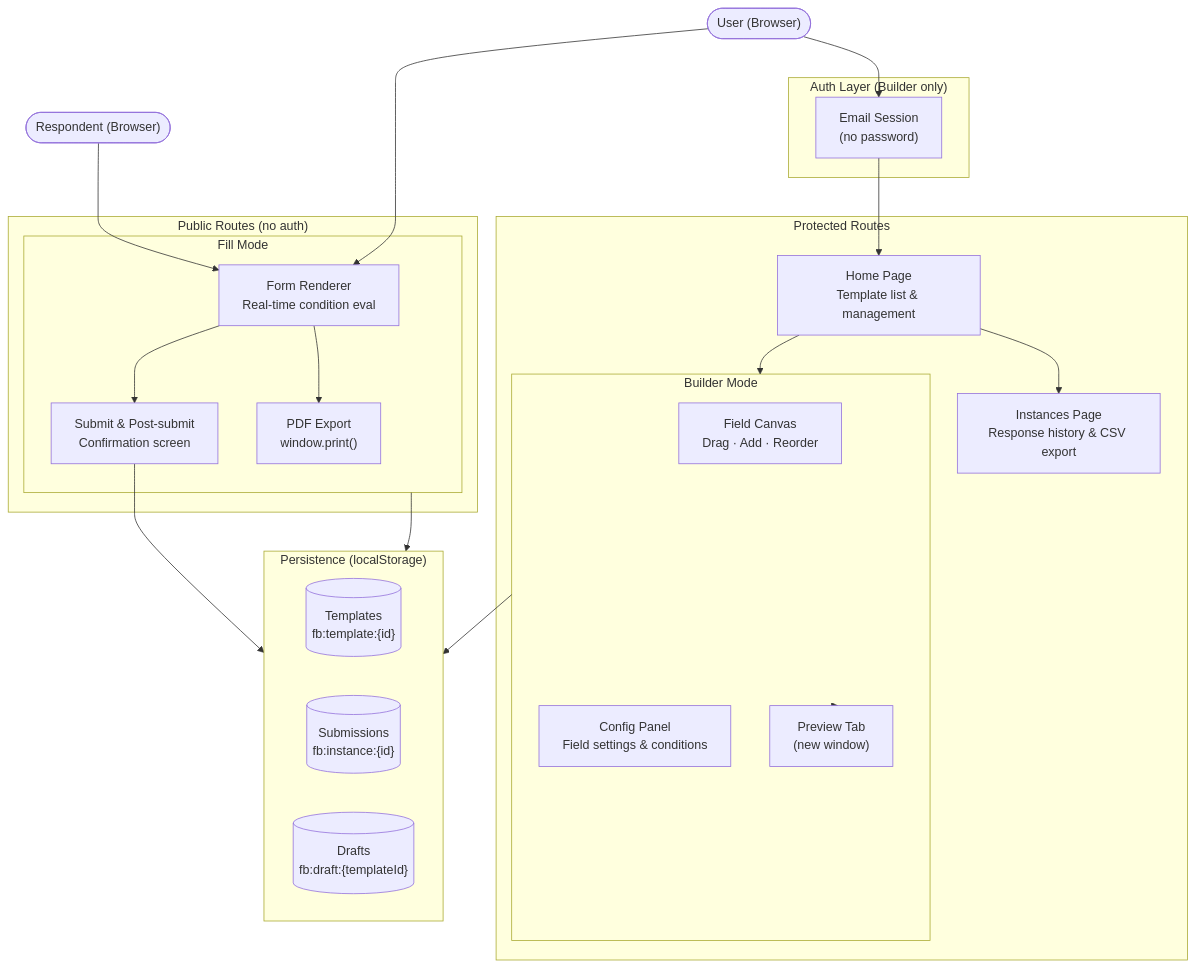
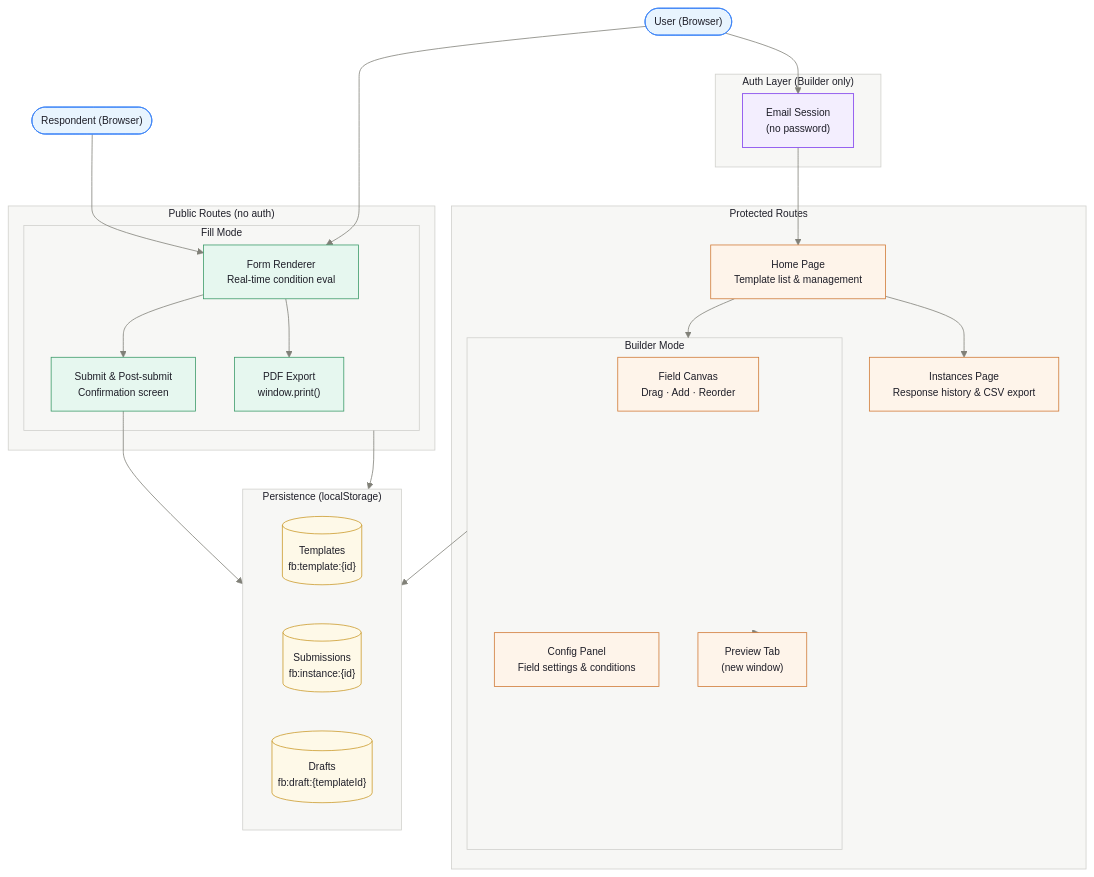
The diagram in docs/hld.mmd (Piyush8296/smart-form-builder), drawn with Mermaid before and after one commit. The commit also changed 7 other files, not shown here.

First line of the commit message:
docs: add architecture diagrams to docs/

```diff
--- a/docs/hld.mmd
+++ b/docs/hld.mmd
@@ -1,48 +1,61 @@
+%%{init: {'theme': 'base', 'themeVariables': {'background': '#fafaf8', 'primaryColor': '#fef4ea', 'primaryBorderColor': '#d07935', 'primaryTextColor': '#1e1e28', 'secondaryColor': '#e6f7ef', 'tertiaryColor': '#f0f0ed', 'lineColor': '#808078', 'edgeLabelBackground': '#ffffff', 'clusterBkg': '#f7f7f5', 'clusterBorder': '#d0d0cc', 'titleColor': '#1e1e28', 'fontFamily': 'Geist, ui-sans-serif, system-ui, sans-serif', 'fontSize': '13px'}}}%%
 flowchart TB
     User(["User (Browser)"])
     Respondent(["Respondent (Browser)"])
 
     subgraph Auth ["Auth Layer (Builder only)"]
         Session["Email Session\n(no password)"]
     end
 
     subgraph Protected ["Protected Routes"]
         Home["Home Page\nTemplate list & management"]
 
         subgraph Builder ["Builder Mode"]
             BUI["Field Canvas\nDrag · Add · Reorder"]
             Config["Config Panel\nField settings & conditions"]
             Preview["Preview Tab\n(new window)"]
         end
 
         Instances["Instances Page\nResponse history & CSV export"]
     end
 
     subgraph Public ["Public Routes (no auth)"]
         subgraph Fill ["Fill Mode"]
             Form["Form Renderer\nReal-time condition eval"]
             Submit["Submit & Post-submit\nConfirmation screen"]
             PDF["PDF Export\nwindow.print()"]
         end
     end
 
     subgraph Persist ["Persistence (localStorage)"]
         direction LR
         Templates[("Templates\nfb:template:{id}")]
         Instances2[("Submissions\nfb:instance:{id}")]
         Drafts[("Drafts\nfb:draft:{templateId}")]
     end
 
     User --> Session
     Session --> Home
     Home --> Builder
     Home --> Instances
     Builder --> Templates
     Builder --> Preview
 
     Respondent --> Form
     User --> Form
     Form --> Submit
     Submit --> Instances2
     Form --> PDF
     Fill --> Drafts
+
+    classDef user      fill:#e8f4fe,stroke:#3b82f6,color:#1e1e28
+    classDef auth      fill:#f3eefe,stroke:#7c3aed,color:#1e1e28
+    classDef protected fill:#fef4ea,stroke:#d07935,color:#1e1e28
+    classDef public    fill:#e6f7ef,stroke:#3a9a68,color:#1e1e28
+    classDef persist   fill:#fef9e8,stroke:#ca9a2a,color:#1e1e28
+
+    class User,Respondent user
+    class Session auth
+    class Home,BUI,Config,Preview,Instances protected
+    class Form,Submit,PDF public
+    class Templates,Instances2,Drafts persist
```
